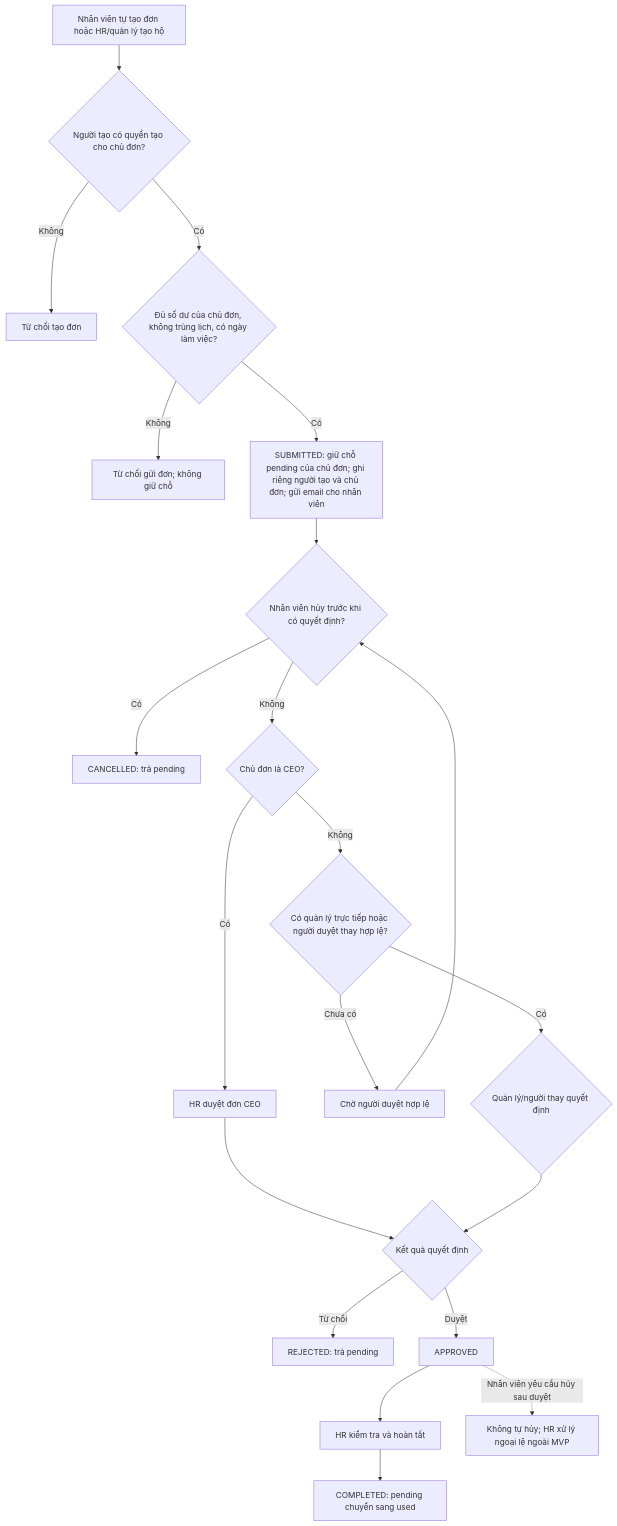
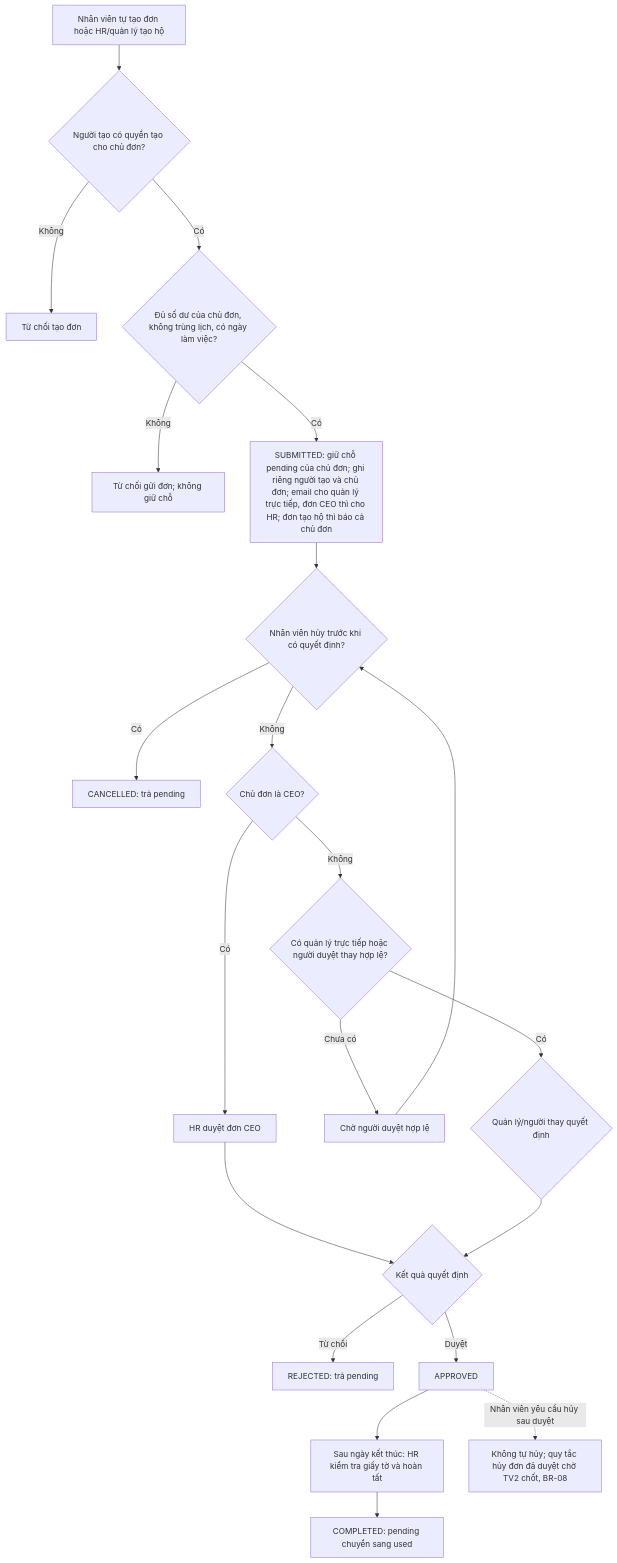
The diagram in docs/business/leave-rules.md (Acerchicken/HR-Enterprise-Platform), drawn with Mermaid before and after one commit. The commit also changed other lines of this file and 2 other files, not shown here.

````diff
--- a/docs/business/leave-rules.md
+++ b/docs/business/leave-rules.md
@@ -31,23 +31,23 @@
 ```mermaid
 flowchart TD
     A[Nhân viên tự tạo đơn hoặc HR/quản lý tạo hộ] --> P{Người tạo có quyền tạo cho chủ đơn?}
     P -- Không --> X1[Từ chối tạo đơn]
     P -- Có --> B{Đủ số dư của chủ đơn, không trùng lịch, có ngày làm việc?}
     B -- Không --> X2[Từ chối gửi đơn; không giữ chỗ]
-    B -- Có --> C[SUBMITTED: giữ chỗ pending của chủ đơn; ghi riêng người tạo và chủ đơn; gửi email cho nhân viên]
+    B -- Có --> C[SUBMITTED: giữ chỗ pending của chủ đơn; ghi riêng người tạo và chủ đơn; email cho quản lý trực tiếp, đơn CEO thì cho HR; đơn tạo hộ thì báo cả chủ đơn]
     C --> G{Nhân viên hủy trước khi có quyết định?}
     G -- Có --> CXL[CANCELLED: trả pending]
     G -- Không --> D{Chủ đơn là CEO?}
     D -- Có --> E[HR duyệt đơn CEO]
     D -- Không --> F{Có quản lý trực tiếp hoặc người duyệt thay hợp lệ?}
     F -- Chưa có --> W[Chờ người duyệt hợp lệ]
     W --> G
     F -- Có --> MGR{Quản lý/người thay quyết định}
     E --> I{Kết quả quyết định}
     MGR --> I
     I -- Từ chối --> R[REJECTED: trả pending]
     I -- Duyệt --> J[APPROVED]
-    J --> L[HR kiểm tra và hoàn tất]
+    J --> L[Sau ngày kết thúc: HR kiểm tra giấy tờ và hoàn tất]
     L --> M[COMPLETED: pending chuyển sang used]
-    J -. Nhân viên yêu cầu hủy sau duyệt .-> K[Không tự hủy; HR xử lý ngoại lệ ngoài MVP]
+    J -. Nhân viên yêu cầu hủy sau duyệt .-> K[Không tự hủy; quy tắc hủy đơn đã duyệt chờ TV2 chốt, BR-08]
 ```
````
